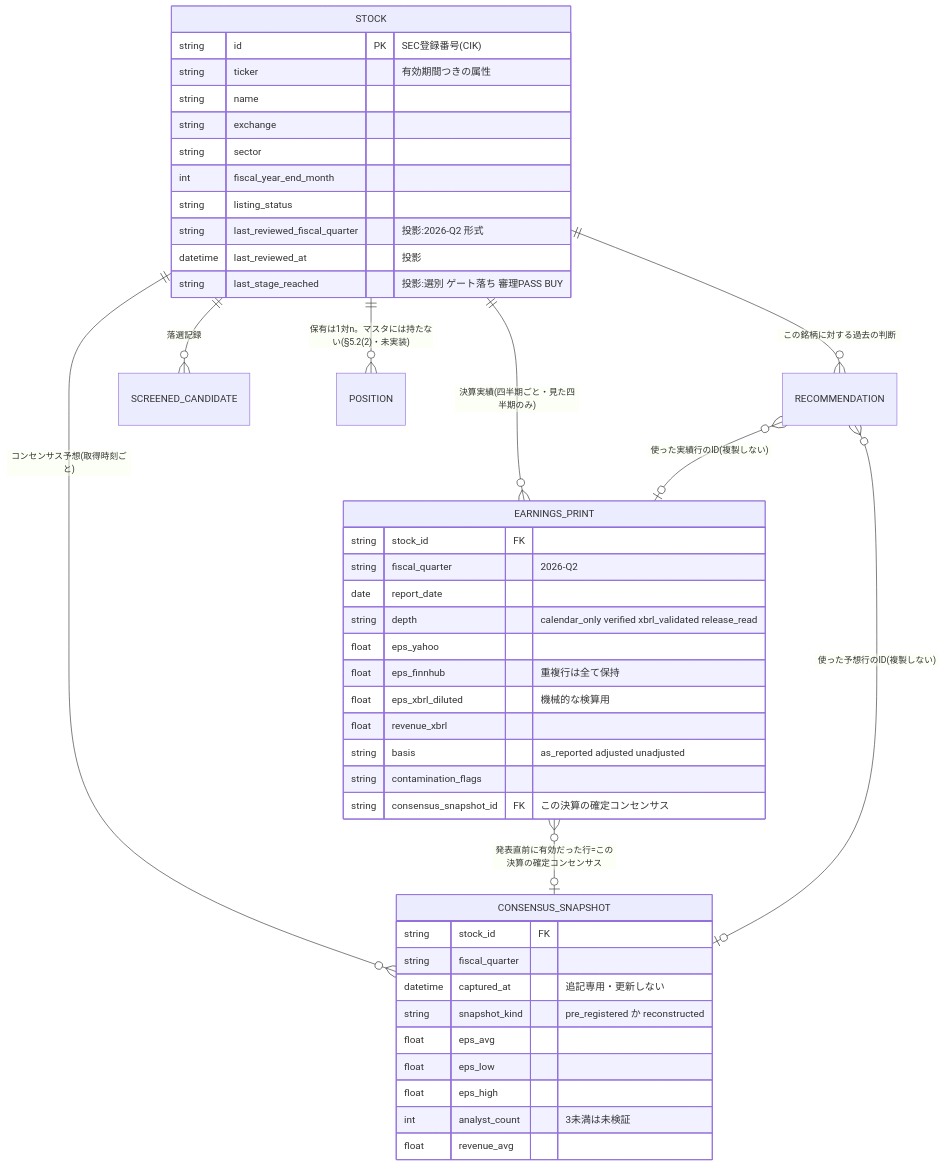
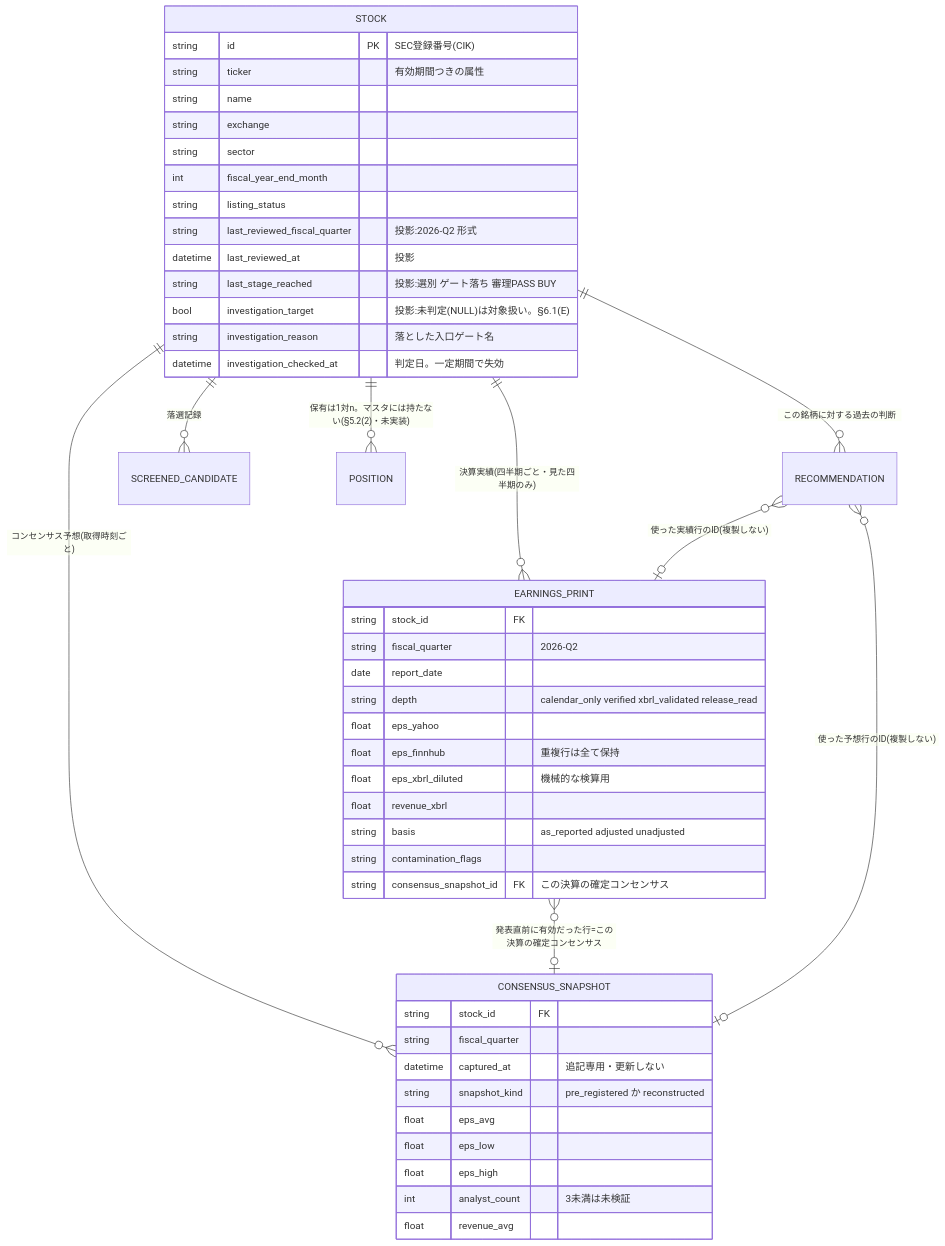
One commit to umiji/Hawkeye-Re changed the fourth of 6 diagrams in docs/design/MASTER_OVERVIEW.ja.md. Above: the diagram before and after it, drawn with Mermaid. The commit also changed other lines of this file and 9 other files, not shown here.

````diff
--- a/docs/design/MASTER_OVERVIEW.ja.md
+++ b/docs/design/MASTER_OVERVIEW.ja.md
@@ -1851,48 +1887,51 @@
 ```mermaid
 erDiagram
     STOCK ||--o{ EARNINGS_PRINT : "決算実績(四半期ごと・見た四半期のみ)"
     STOCK ||--o{ CONSENSUS_SNAPSHOT : "コンセンサス予想(取得時刻ごと)"
     STOCK ||--o{ RECOMMENDATION : "この銘柄に対する過去の判断"
     STOCK ||--o{ SCREENED_CANDIDATE : "落選記録"
     STOCK ||--o{ POSITION : "保有は1対n。マスタには持たない(§5.2(2)・未実装)"
     EARNINGS_PRINT }o--o| CONSENSUS_SNAPSHOT : "発表直前に有効だった行=この決算の確定コンセンサス"
     RECOMMENDATION }o--o| CONSENSUS_SNAPSHOT : "使った予想行のID(複製しない)"
     RECOMMENDATION }o--o| EARNINGS_PRINT : "使った実績行のID(複製しない)"
 
     STOCK {
         string id PK "SEC登録番号(CIK)"
         string ticker "有効期間つきの属性"
         string name
         string exchange
         string sector
         int fiscal_year_end_month
         string listing_status
         string last_reviewed_fiscal_quarter "投影:2026-Q2 形式"
         datetime last_reviewed_at "投影"
         string last_stage_reached "投影:選別 ゲート落ち 審理PASS BUY"
+        bool investigation_target "投影:未判定(NULL)は対象扱い。§6.1(E)"
+        string investigation_reason "落とした入口ゲート名"
+        datetime investigation_checked_at "判定日。一定期間で失効"
     }
     EARNINGS_PRINT {
         string stock_id FK
         string fiscal_quarter "2026-Q2"
         date report_date
         string depth "calendar_only verified xbrl_validated release_read"
         float eps_yahoo
         float eps_finnhub "重複行は全て保持"
         float eps_xbrl_diluted "機械的な検算用"
         float revenue_xbrl
         string basis "as_reported adjusted unadjusted"
         string contamination_flags
         string consensus_snapshot_id FK "この決算の確定コンセンサス"
     }
     CONSENSUS_SNAPSHOT {
         string stock_id FK
         string fiscal_quarter
         datetime captured_at "追記専用・更新しない"
         string snapshot_kind "pre_registered か reconstructed"
         float eps_avg
         float eps_low
         float eps_high
         int analyst_count "3未満は未検証"
         float revenue_avg
     }
 ```
````
